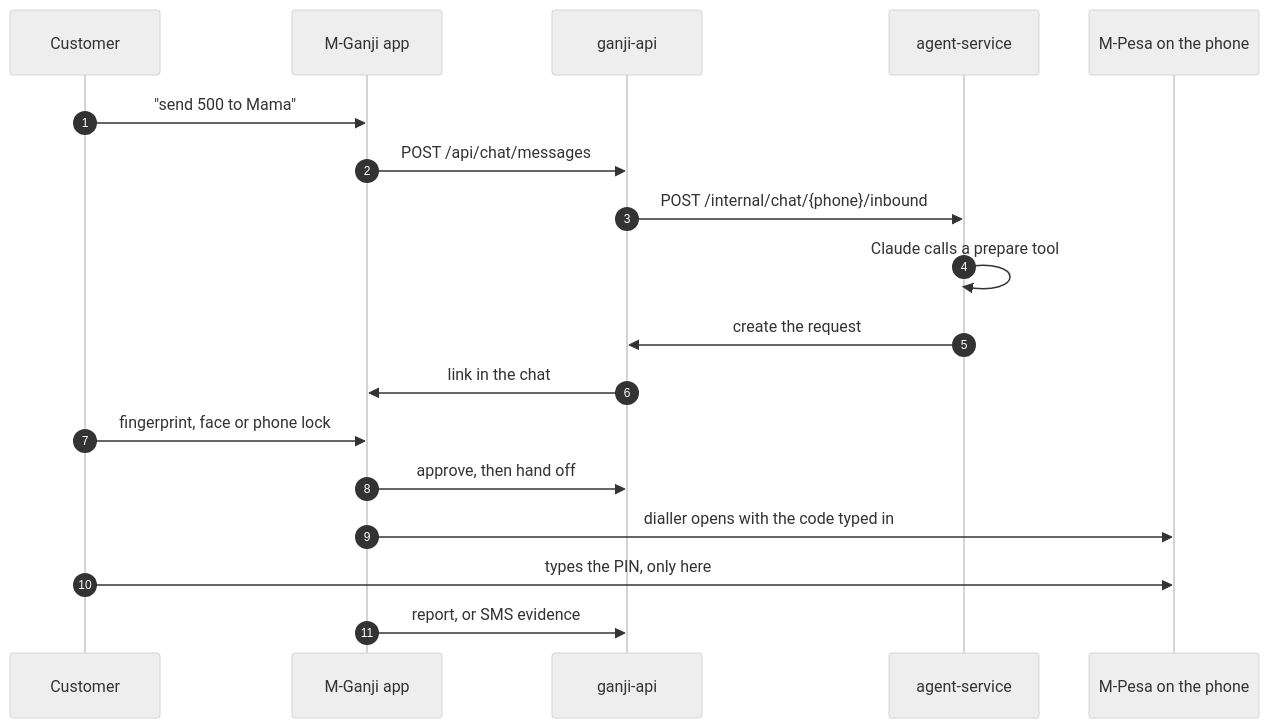
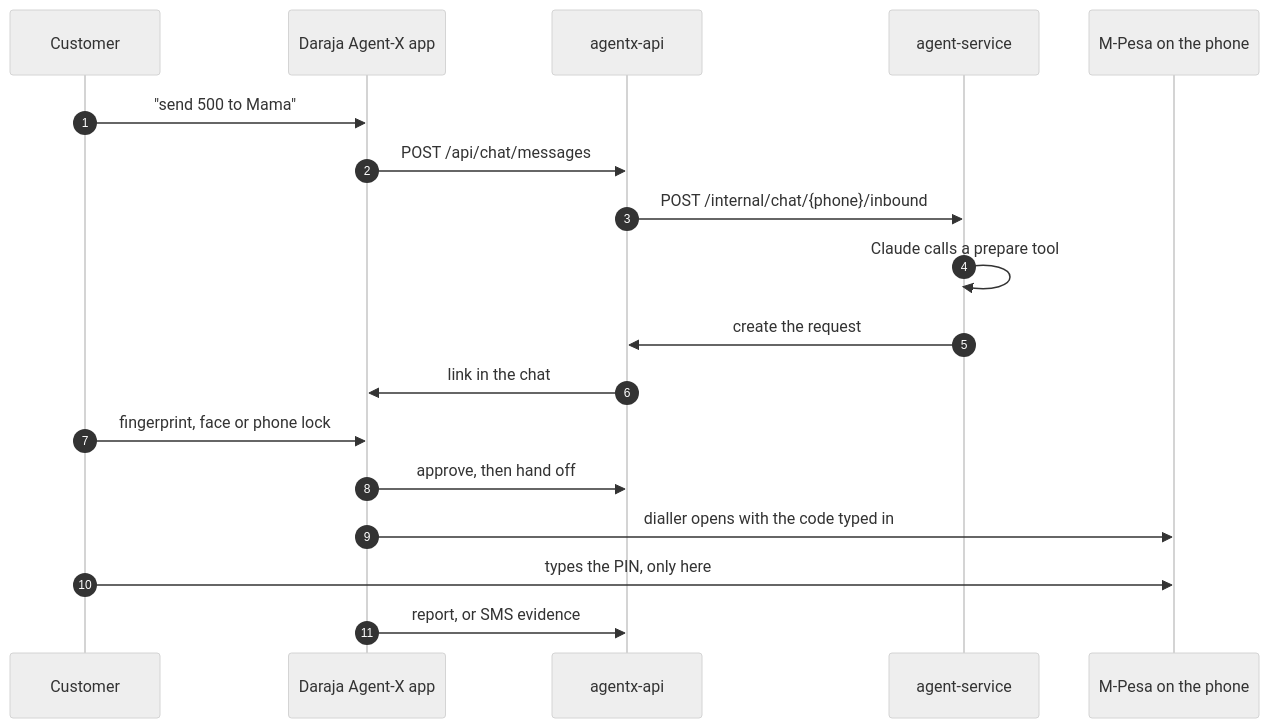
The diagram in README.md (peacemakerbill/mpesa-ai-agent), drawn with Mermaid (neutral theme) before and after one commit. The commit also changed other lines of this file and 678 other files, not shown here.

Commit message:
Rename to Daraja Agent-X; add business accounts, chat transactions and chat file storage

````diff
--- a/README.md
+++ b/README.md
@@ -96,21 +96,21 @@
 ```mermaid
 sequenceDiagram
     autonumber
     participant C as Customer
-    participant A as M-Ganji app
-    participant API as ganji-api
+    participant A as Daraja Agent-X app
+    participant API as agentx-api
     participant AG as agent-service
     participant M as M-Pesa on the phone
 
     C->>A: "send 500 to Mama"
     A->>API: POST /api/chat/messages
     API->>AG: POST /internal/chat/{phone}/inbound
     AG->>AG: Claude calls a prepare tool
     AG->>API: create the request
     API->>A: link in the chat
     C->>A: fingerprint, face or phone lock
     A->>API: approve, then hand off
     A->>M: dialler opens with the code typed in
     C->>M: types the PIN, only here
     A->>API: report, or SMS evidence
 ```
````
